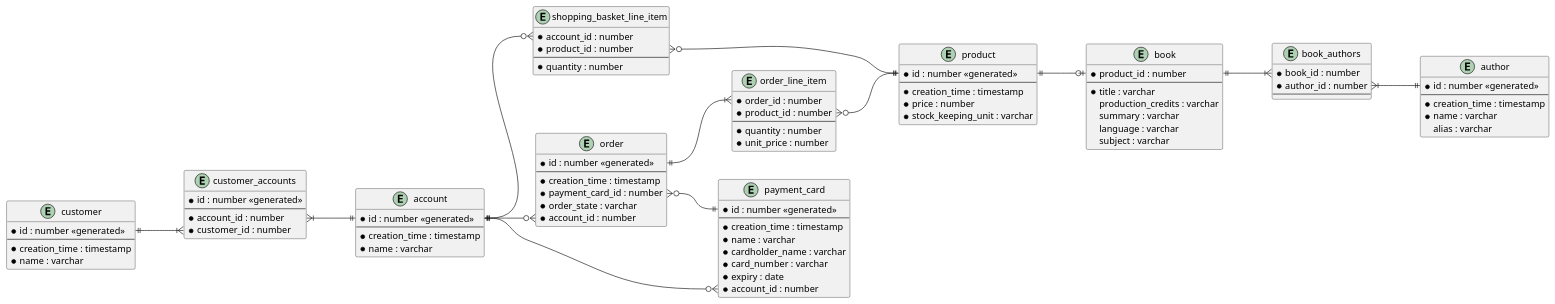
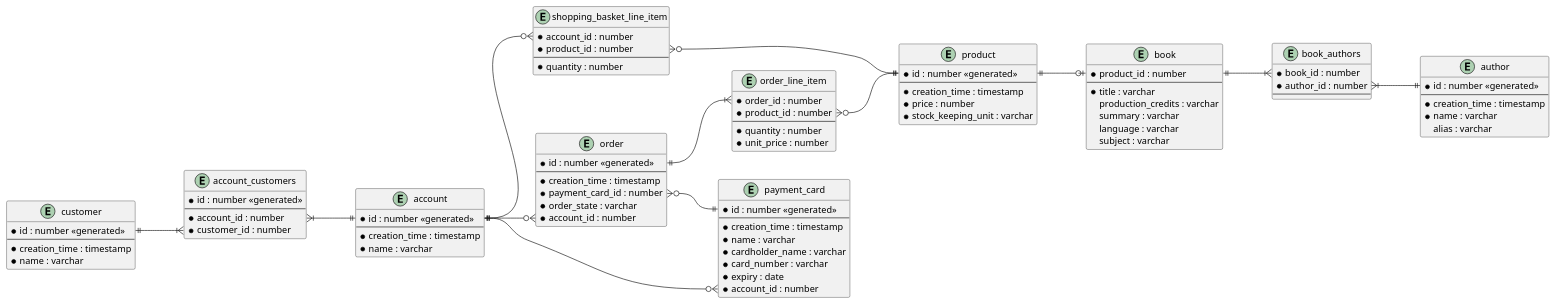
The diagram in docs/design/book_shop_relational_schema_diagram.plantuml (dtmo/bookshop), drawn with PlantUML before and after one commit. The commit also changed 12 other files, not shown here.

Commit message:
wip: accounts own the customer relationships, timestamps set in the entities

```diff
--- a/docs/design/book_shop_relational_schema_diagram.plantuml
+++ b/docs/design/book_shop_relational_schema_diagram.plantuml
@@ -1,106 +1,106 @@
 @startuml
 
 left to right direction
 
 entity customer {
     * id : number <<generated>>
     --
     * creation_time : timestamp
     * name : varchar
 }
 
 entity account {
     * id : number <<generated>>
     --
     * creation_time : timestamp
     * name : varchar
 }
 
-entity customer_accounts {
+entity account_customers {
     * id : number <<generated>>
     --
     * account_id : number
     * customer_id : number
 }
 
 entity product {
     * id : number <<generated>>
     --
     * creation_time : timestamp
     * price : number
     * stock_keeping_unit : varchar
 }
 
 entity shopping_basket_line_item {
     * account_id : number
     * product_id : number
     --
     * quantity : number
 }
 
 entity payment_card {
     * id : number <<generated>>
     --
     * creation_time : timestamp
     * name : varchar
     * cardholder_name : varchar
     * card_number : varchar
     * expiry : date
     * account_id : number
 }
 
 entity order {
     * id : number <<generated>>
     --
     * creation_time : timestamp
     * payment_card_id : number
     * order_state : varchar
     * account_id : number
 }
 
 entity order_line_item {
     * order_id : number
     * product_id : number
     --
     * quantity : number
     * unit_price : number
 }
 
 entity author {
     * id : number <<generated>>
     --
     * creation_time : timestamp
     * name : varchar
     alias : varchar
 }
 
 entity book {
     * product_id : number
     --
     * title : varchar
     production_credits : varchar
     summary : varchar
     language : varchar
     subject : varchar
 }
 
 entity book_authors {
     * book_id : number
     * author_id : number
     --
 }
 
-customer::id ||--|{ customer_accounts::customer_id
-customer_accounts::account_id }|--|| account::id
+customer::id ||--|{ account_customers::customer_id
+account_customers::account_id }|--|| account::id
 account::id ||--o{ shopping_basket_line_item::account_id
 shopping_basket_line_item::product_id }o--|| product::id
 account::id ||--o{ payment_card::account_id
 account::id ||--o{ order::account_id
 order::id ||--|{ order_line_item::order_id
 order::payment_card_id }o--|| payment_card::id
 order_line_item::product_id }o--|| product::id
 product::id ||--o| book::product_id
 book::product_id ||--|{ book_authors::book_id
 book_authors::author_id }|--|| author::id
 
 @enduml
```
